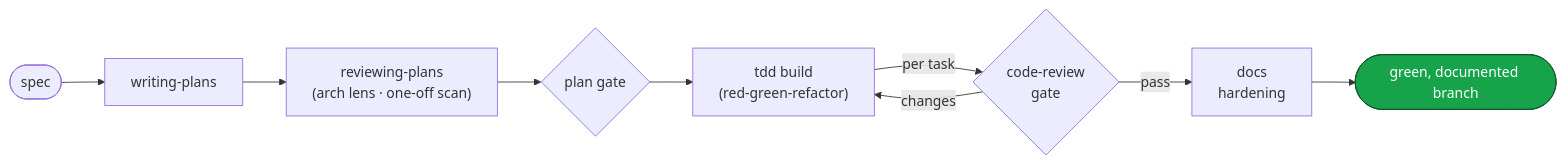
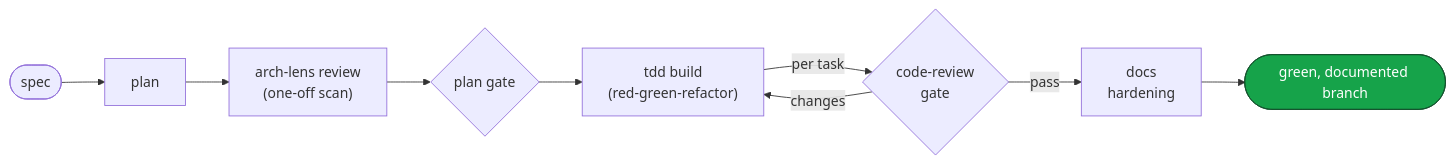
The sixth of 6 diagrams in README.md (dashworthy/engineering), drawn with Mermaid before and after one commit. The commit also changed other lines of this file and 78 other files, not shown here.

````diff
--- a/README.md
+++ b/README.md
@@ -148,13 +148,13 @@
 ```mermaid
 flowchart LR
     classDef done fill:#16a34a,stroke:#14532d,color:#fff
 
-    SPEC(["spec"]) --> P["writing-plans"]
-    P --> RV["reviewing-plans<br/>(arch lens · one-off scan)"]
+    SPEC(["spec"]) --> P["plan"]
+    P --> RV["arch-lens review<br/>(one-off scan)"]
     RV --> PG{"plan gate"}
     PG --> B["tdd build<br/>(red-green-refactor)"]
     B -->|"per task"| R{"code-review<br/>gate"}
     R -->|"changes"| B
     R -->|"pass"| DOC["docs<br/>hardening"]
     DOC --> DONE(["green, documented branch"]):::done
 ```
````
